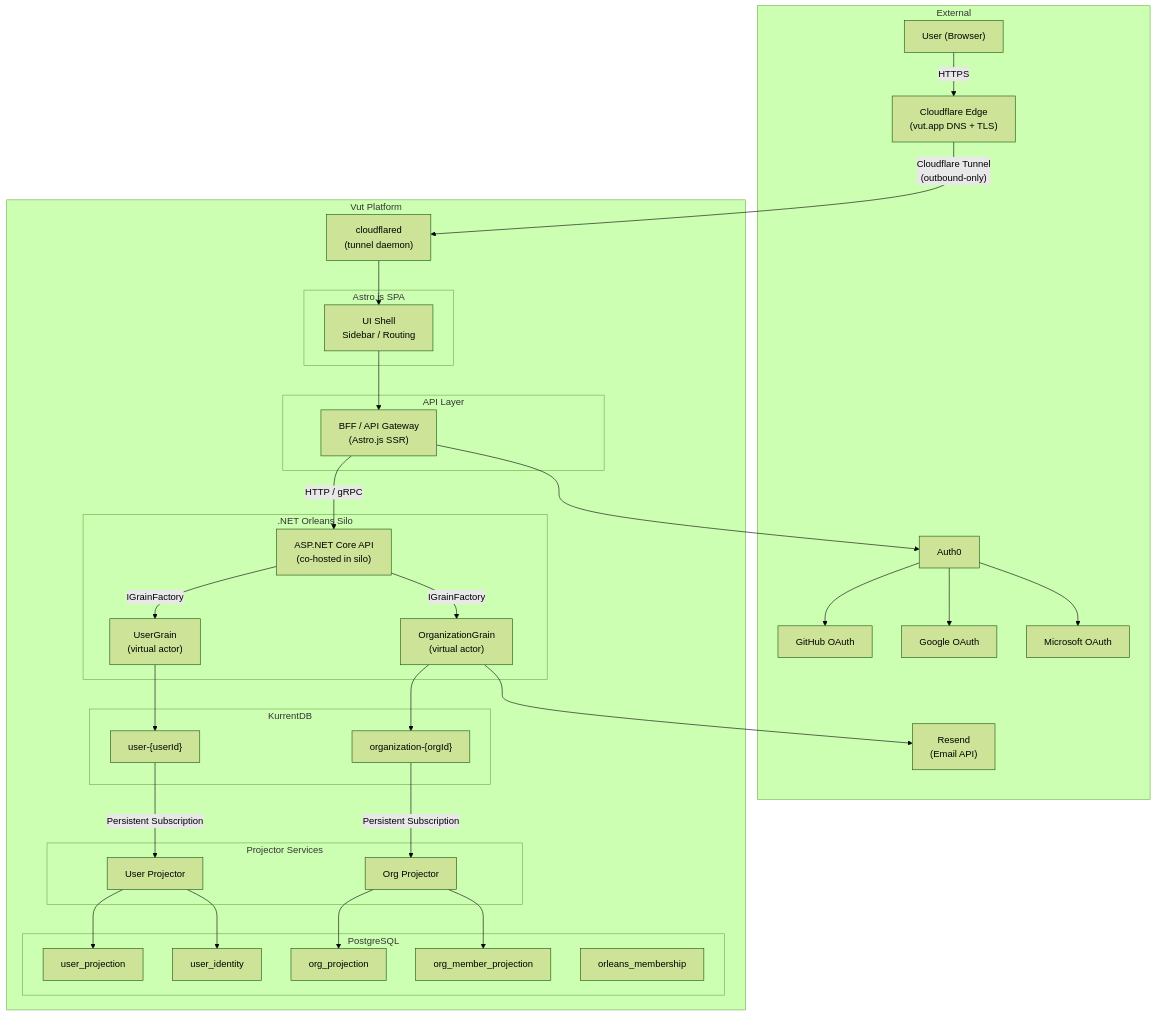
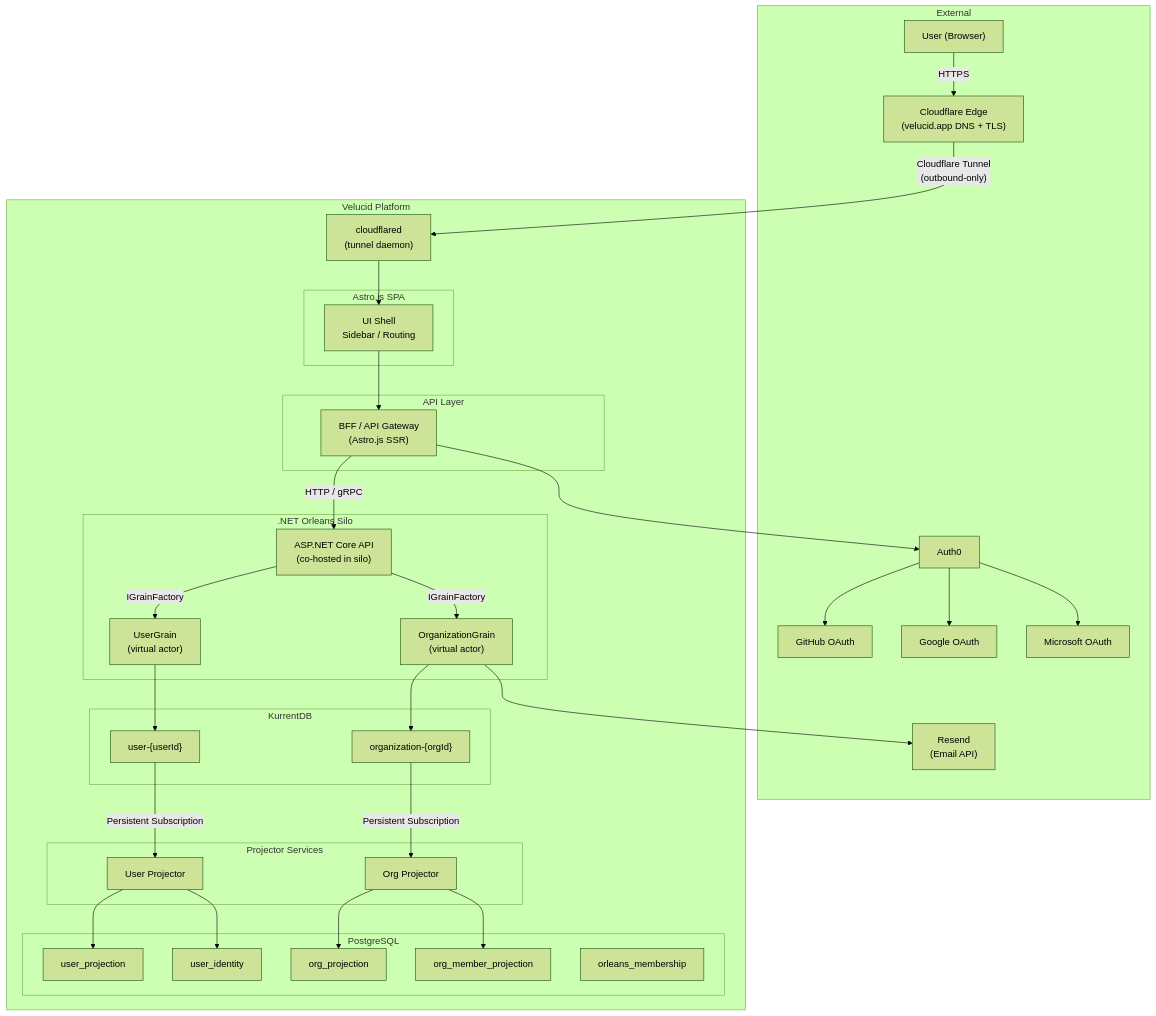
The first of 23 diagrams in epics/01-epic-first-signin-org/architecture/architecture.md (lekhasy/Vut), drawn with Mermaid (forest theme) before and after one commit. The commit also changed other lines of this file and 154 other files, not shown here.

````diff
--- a/epics/01-epic-first-signin-org/architecture/architecture.md
+++ b/epics/01-epic-first-signin-org/architecture/architecture.md
@@ -13,69 +13,69 @@
 ```mermaid
 graph TB
     subgraph External
         User["User (Browser)"]
         GH["GitHub OAuth"]
         Google["Google OAuth"]
         MS["Microsoft OAuth"]
         Auth0["Auth0"]
         RESEND["Resend<br/>(Email API)"]
-        CF["Cloudflare Edge<br/>(vut.app DNS + TLS)"]
+        CF["Cloudflare Edge<br/>(velucid.app DNS + TLS)"]
     end
 
-    subgraph Vut Platform
+    subgraph Velucid Platform
         subgraph Frontend["Astro.js SPA"]
             UI["UI Shell<br/>Sidebar / Routing"]
         end
 
         subgraph API["API Layer"]
             BFF["BFF / API Gateway<br/>(Astro.js SSR)"]
         end
 
         subgraph Backend[".NET Orleans Silo"]
             UA["UserGrain<br/>(virtual actor)"]
             OA["OrganizationGrain<br/>(virtual actor)"]
             APIEP["ASP.NET Core API<br/>(co-hosted in silo)"]
         end
 
         subgraph EventStore["KurrentDB"]
             US["user-{userId}"]
             OS["organization-{orgId}"]
         end
 
         subgraph ReadModel["PostgreSQL"]
             UP["user_projection"]
             UI2["user_identity"]
             OP["org_projection"]
             OMP["org_member_projection"]
             OM["orleans_membership"]
         end
 
         subgraph Projectors["Projector Services"]
             PU["User Projector"]
             PO["Org Projector"]
         end
 
         CFD["cloudflared<br/>(tunnel daemon)"]
     end
 
     User -->|HTTPS| CF
     CF -->|"Cloudflare Tunnel<br/>(outbound-only)"| CFD
     CFD --> UI
     UI --> BFF
     BFF --> Auth0
     Auth0 --> GH
     Auth0 --> Google
     Auth0 --> MS
     BFF -->|HTTP / gRPC| APIEP
     APIEP -->|IGrainFactory| UA
     APIEP -->|IGrainFactory| OA
     UA --> US
     OA --> OS
     US -->|Persistent Subscription| PU
     OS -->|Persistent Subscription| PO
     PU --> UP
     PU --> UI2
     PO --> OP
     PO --> OMP
     OA --> RESEND
 ```
````
